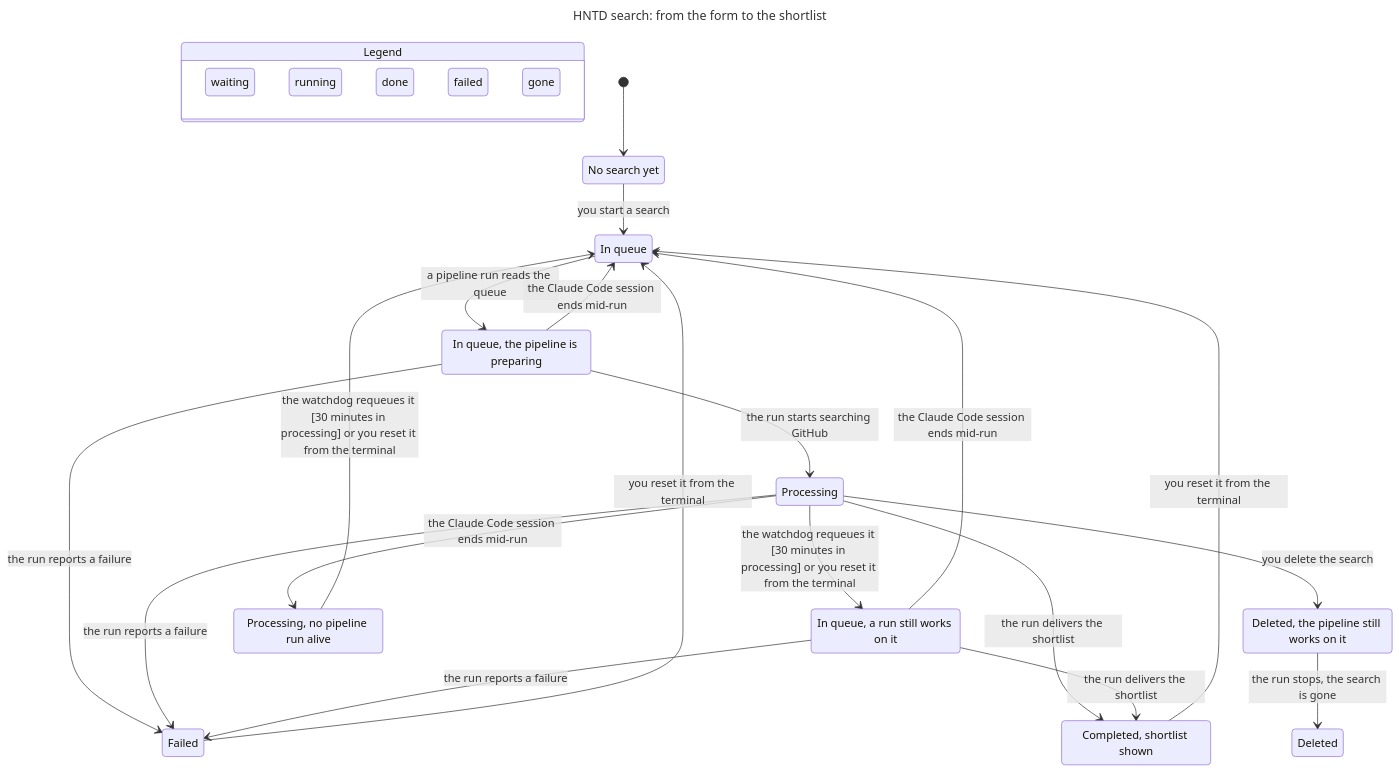
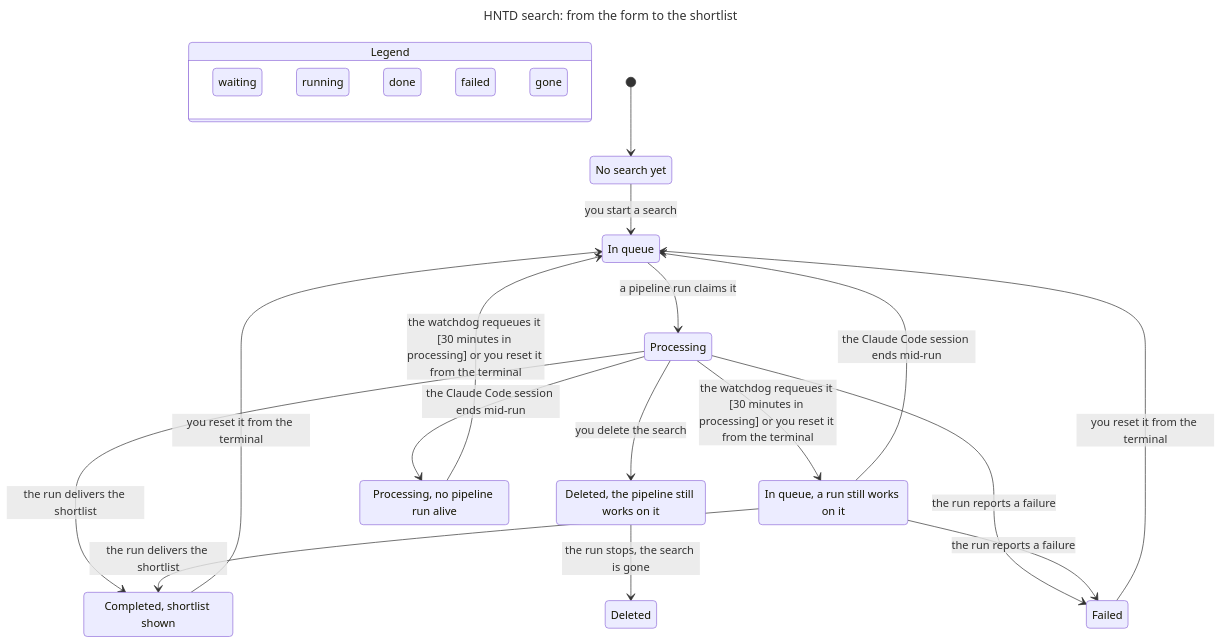
Before and after one commit to uppifyagency/HNTD-OpenSource: the diagram in .claude/skills/verify/statechart/lifecycle.mmd, drawn with Mermaid. The commit also changed 26 other files, not shown here.

First line of the commit message:
fix(pipeline): claim a search before working on it (#19)

```diff
--- a/.claude/skills/verify/statechart/lifecycle.mmd
+++ b/.claude/skills/verify/statechart/lifecycle.mmd
@@ -1,54 +1,49 @@
 ---
 title: "HNTD search: from the form to the shortlist"
 ---
 stateDiagram-v2
   state "Legend" as legend {
     lg0: waiting
     lg1: running
     lg2: done
     lg3: failed
     lg4: gone
   }
   class lg0 tan
   class lg1 blue
   class lg2 teal
   class lg3 orange
   class lg4 purple
   s0: No search yet
   s1: In queue
   s2: Deleted
-  s3: In queue, the pipeline is preparing
-  s4: Deleted, the pipeline still works on it
-  s5: Failed
-  s6: Processing
-  s7: Completed, shortlist shown
-  s8: In queue, a run still works on it
-  s9: Processing, no pipeline run alive
+  s3: Processing
+  s4: Completed, shortlist shown
+  s5: Deleted, the pipeline still works on it
+  s6: Failed
+  s7: In queue, a run still works on it
+  s8: Processing, no pipeline run alive
   [*] --> s0
   s0 --> s1: you start a search
-  s1 --> s3: a pipeline run reads the queue
-  s3 --> s1: the Claude Code session ends mid-run
-  s3 --> s5: the run reports a failure
-  s3 --> s6: the run starts searching GitHub
-  s4 --> s2: the run stops, the search is gone
-  s5 --> s1: you reset it from the terminal
-  s6 --> s5: the run reports a failure
-  s6 --> s7: the run delivers the shortlist
-  s6 --> s4: you delete the search
-  s6 --> s8: the watchdog requeues it [30 minutes in processing] or you reset it from the terminal
-  s6 --> s9: the Claude Code session ends mid-run
-  s7 --> s1: you reset it from the terminal
-  s8 --> s1: the Claude Code session ends mid-run
-  s8 --> s5: the run reports a failure
-  s8 --> s7: the run delivers the shortlist
-  s9 --> s1: the watchdog requeues it [30 minutes in processing] or you reset it from the terminal
+  s1 --> s3: a pipeline run claims it
+  s3 --> s4: the run delivers the shortlist
+  s3 --> s5: you delete the search
+  s3 --> s6: the run reports a failure
+  s3 --> s7: the watchdog requeues it [30 minutes in processing] or you reset it from the terminal
+  s3 --> s8: the Claude Code session ends mid-run
+  s4 --> s1: you reset it from the terminal
+  s5 --> s2: the run stops, the search is gone
+  s6 --> s1: you reset it from the terminal
+  s7 --> s1: the Claude Code session ends mid-run
+  s7 --> s4: the run delivers the shortlist
+  s7 --> s6: the run reports a failure
+  s8 --> s1: the watchdog requeues it [30 minutes in processing] or you reset it from the terminal
   class s0 tan
   class s1 tan
   class s2 purple
-  class s3 tan
-  class s4 purple
-  class s5 orange
-  class s6 blue
-  class s7 teal
-  class s8 tan
-  class s9 blue
+  class s3 blue
+  class s4 teal
+  class s5 purple
+  class s6 orange
+  class s7 tan
+  class s8 blue
```
